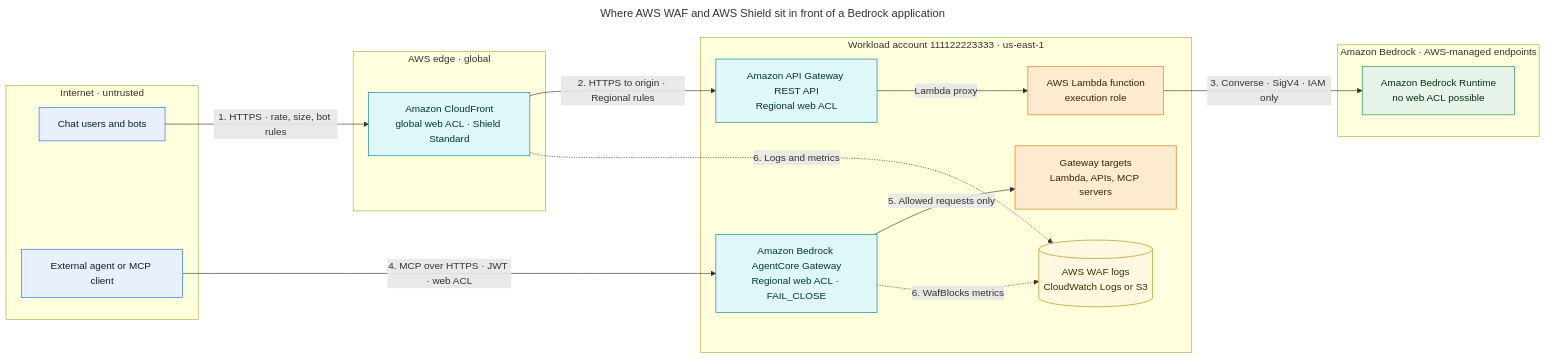
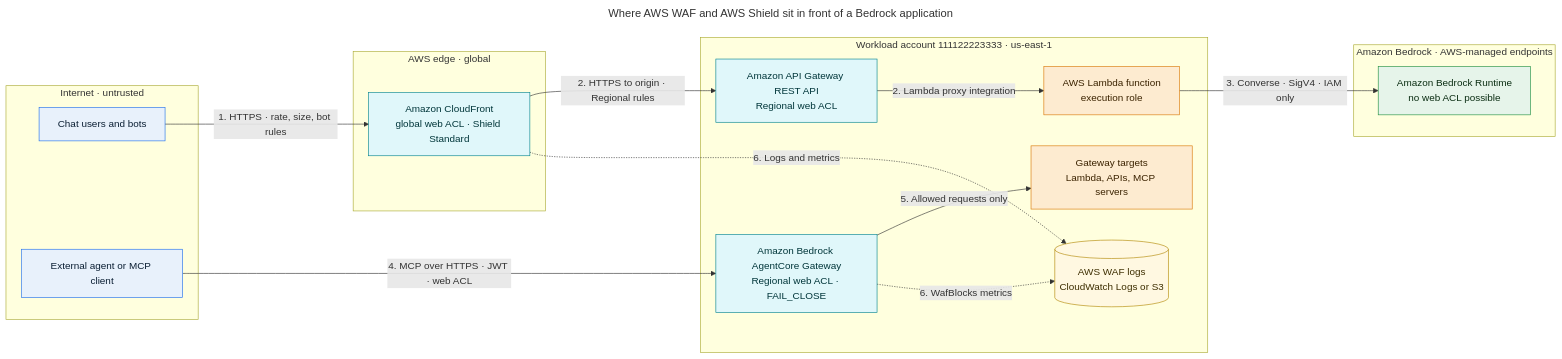
Before and after one commit to sunilgogineni/terraform-aws-lambda-function: the diagram in aws-bedrock-architecture-academy/02-related-aws-services/security/03-waf-and-shield.md, drawn with Mermaid. The commit also changed other lines of this file and 7 other files, not shown here.

First line of the commit message:
Add evaluation chapter and diagram sets 9-11 and 20

````diff
--- a/aws-bedrock-architecture-academy/02-related-aws-services/security/03-waf-and-shield.md
+++ b/aws-bedrock-architecture-academy/02-related-aws-services/security/03-waf-and-shield.md
@@ -77,37 +77,37 @@
 ```mermaid
 ---
 title: Where AWS WAF and AWS Shield sit in front of a Bedrock application
 ---
 flowchart LR
     subgraph internet["Internet · untrusted"]
         user["Chat users and bots"]:::client
         agentClient["External agent or MCP client"]:::client
     end
     subgraph edgeZone["AWS edge · global"]
         cf["Amazon CloudFront<br/>global web ACL · Shield Standard"]:::edge
     end
     subgraph region["Workload account 111122223333 · us-east-1"]
         apigw["Amazon API Gateway REST API<br/>Regional web ACL"]:::edge
         fn["AWS Lambda function<br/>execution role"]:::compute
         gw["Amazon Bedrock AgentCore Gateway<br/>Regional web ACL · FAIL_CLOSE"]:::edge
         tools["Gateway targets<br/>Lambda, APIs, MCP servers"]:::compute
         wafLogs[("AWS WAF logs<br/>CloudWatch Logs or S3")]:::obs
     end
     subgraph managed["Amazon Bedrock · AWS-managed endpoints"]
         rt["Amazon Bedrock Runtime<br/>no web ACL possible"]:::ai
     end
     user -- "1. HTTPS · rate, size, bot rules" --> cf
     cf -- "2. HTTPS to origin · Regional rules" --> apigw
-    apigw -- "Lambda proxy" --> fn
+    apigw -- "2. Lambda proxy integration" --> fn
     fn -- "3. Converse · SigV4 · IAM only" --> rt
     agentClient -- "4. MCP over HTTPS · JWT · web ACL" --> gw
     gw -- "5. Allowed requests only" --> tools
     cf -. "6. Logs and metrics" .-> wafLogs
     gw -. "6. WafBlocks metrics" .-> wafLogs
 
     classDef client   fill:#E8F1FB,stroke:#1F6FEB,color:#0B1F33
     classDef edge     fill:#E0F7FA,stroke:#00838F,color:#00363A
     classDef compute  fill:#FDEBD0,stroke:#D97706,color:#3B2300
     classDef ai       fill:#E6F4EA,stroke:#1E8E3E,color:#0B2E13
     classDef obs      fill:#FFF8E1,stroke:#B28704,color:#3D2E00
 ```
````
